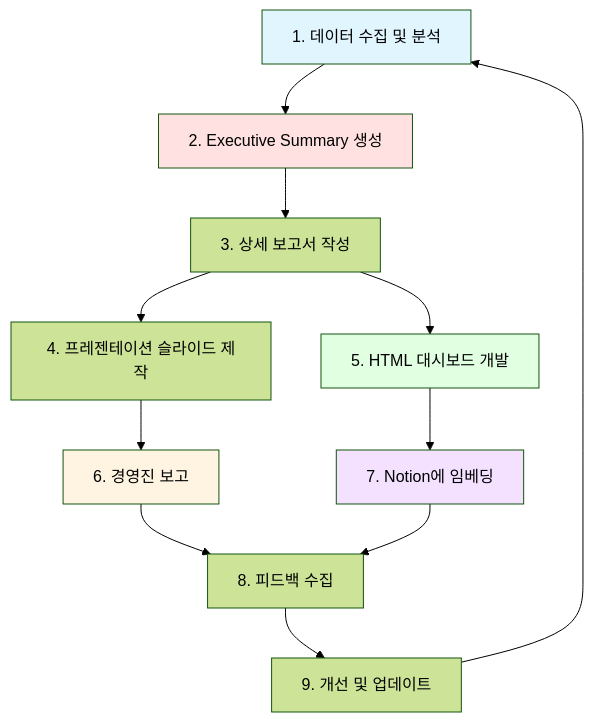
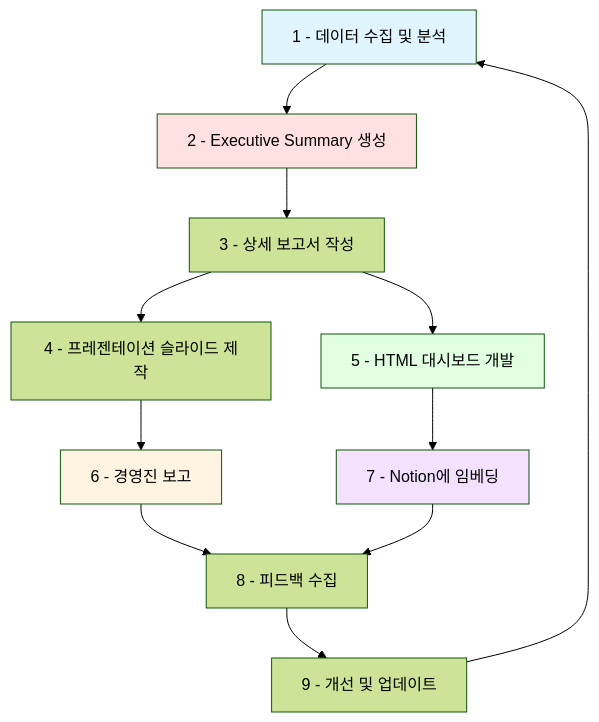
Before and after one commit to nugurejeil/weniVooks: the fourth of 4 diagrams in _md/genai-notion/chapter05/05-2.md, drawn with Mermaid (forest theme). The commit also changed other lines of this file and 10 other files, not shown here.

````diff
--- a/_md/genai-notion/chapter05/05-2.md
+++ b/_md/genai-notion/chapter05/05-2.md
@@ -746,22 +751,22 @@
 ```mermaid
 graph TD
-    A[1. 데이터 수집 및 분석] --> B[2. Executive Summary 생성]
-    B --> C[3. 상세 보고서 작성]
-    C --> D[4. 프레젠테이션 슬라이드 제작]
-    C --> E[5. HTML 대시보드 개발]
+    A[1 - 데이터 수집 및 분석] --> B[2 - Executive Summary 생성]
+    B --> C[3 - 상세 보고서 작성]
+    C --> D[4 - 프레젠테이션 슬라이드 제작]
+    C --> E[5 - HTML 대시보드 개발]
 
-    D --> F[6. 경영진 보고]
-    E --> G[7. Notion에 임베딩]
+    D --> F[6 - 경영진 보고]
+    E --> G[7 - Notion에 임베딩]
 
-    F --> H[8. 피드백 수집]
+    F --> H[8 - 피드백 수집]
     G --> H
 
-    H --> I[9. 개선 및 업데이트]
+    H --> I[9 - 개선 및 업데이트]
     I --> A
 
     style A fill:#e1f5ff
     style B fill:#ffe1e1
     style E fill:#e1ffe1
     style F fill:#fff3e1
     style G fill:#f3e1ff
 ```
````
